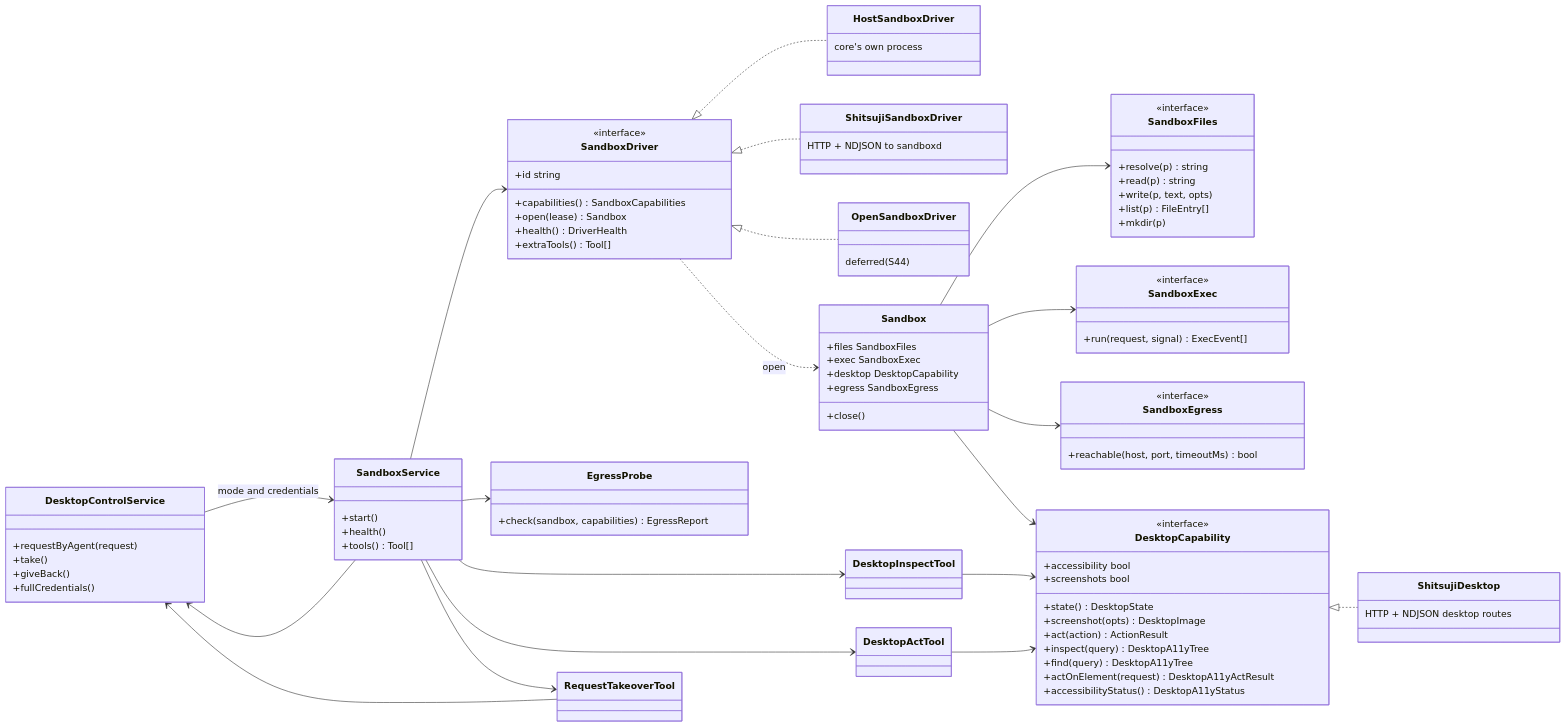
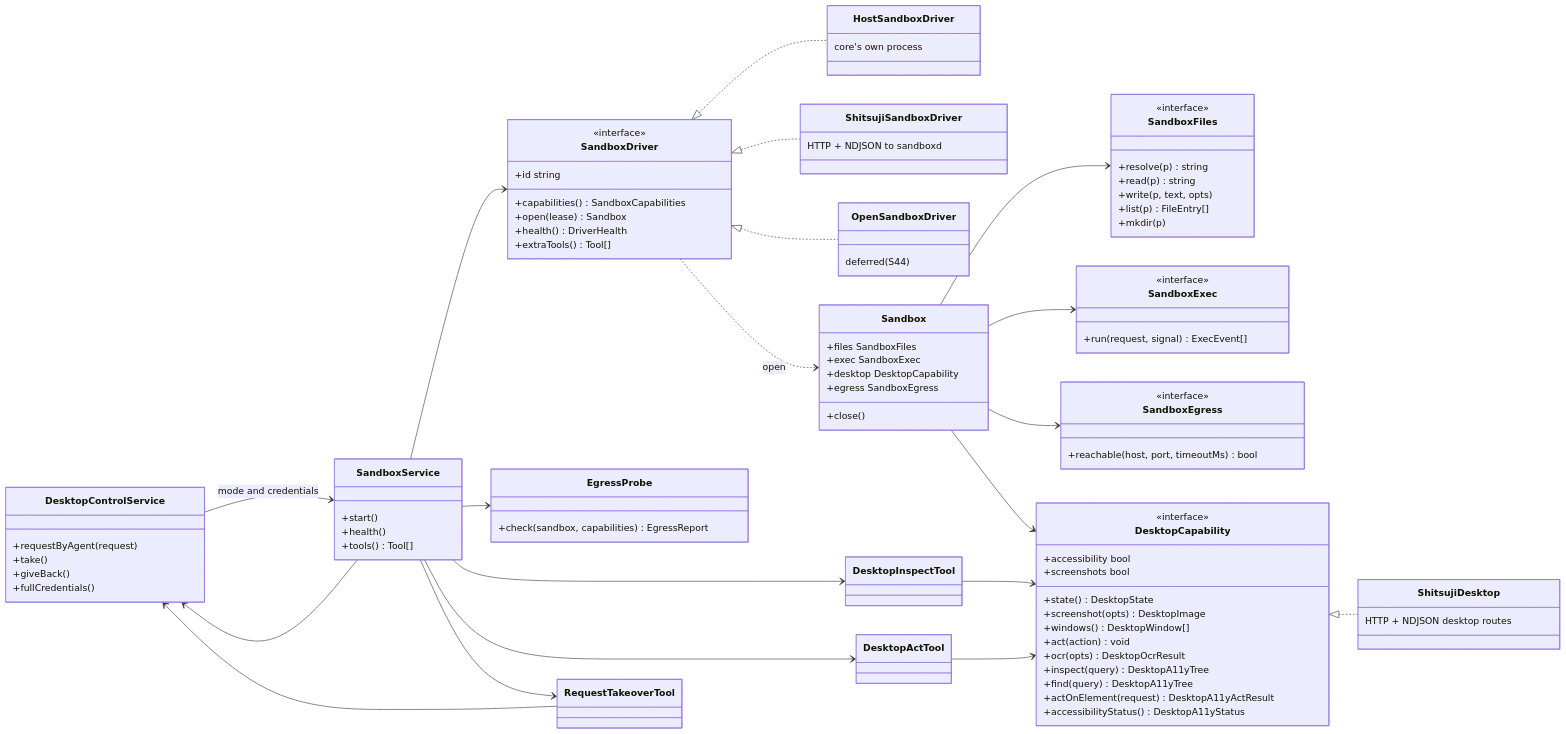
The ninth of 14 diagrams in docs/06-class-map.md (ggiraudon/shitsuji), drawn with Mermaid before and after one commit. The commit also changed 2 other files, not shown here.

Commit message:
S56: Tick F10 criteria and record the batching
The feature file was ticked but the copied criteria in PROGRESS were not; notes name the test or eval behind each. The plan records the kept element and the 20-step batch, and the class map act signature matches the port.

```diff
--- a/docs/06-class-map.md
+++ b/docs/06-class-map.md
@@ -718,7 +718,9 @@
     +screenshots bool
     +state() DesktopState
     +screenshot(opts) DesktopImage
-    +act(action) ActionResult
+    +windows() DesktopWindow[]
+    +act(action) void
+    +ocr(opts) DesktopOcrResult
     +inspect(query) DesktopA11yTree
     +find(query) DesktopA11yTree
     +actOnElement(request) DesktopA11yActResult
```
